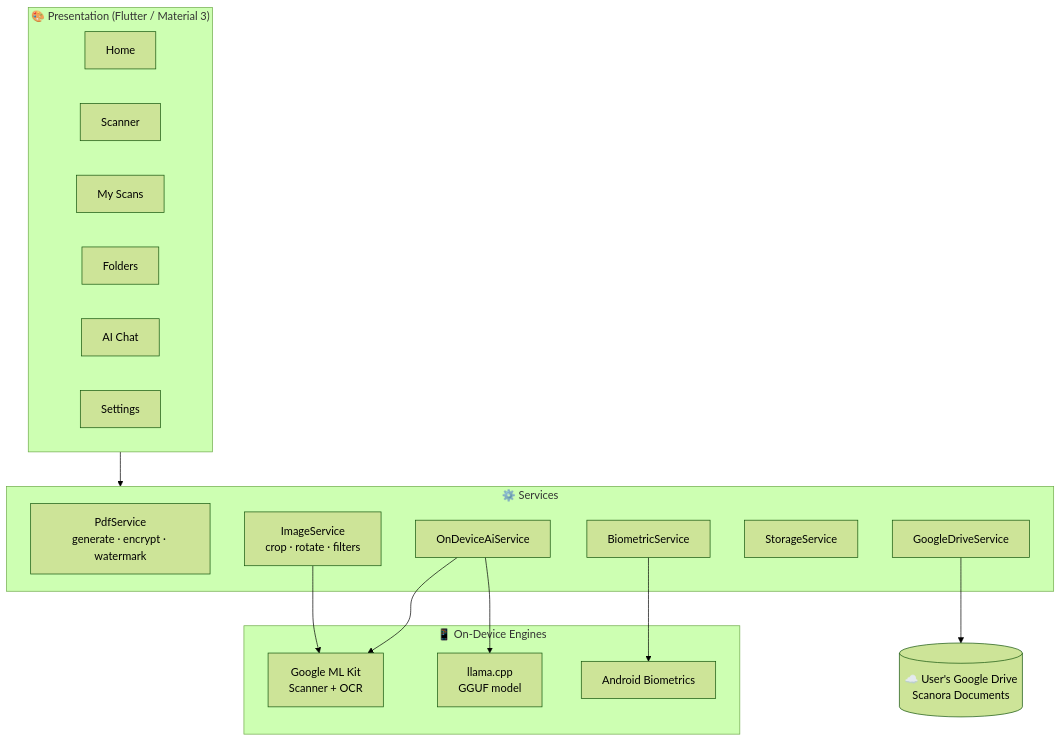
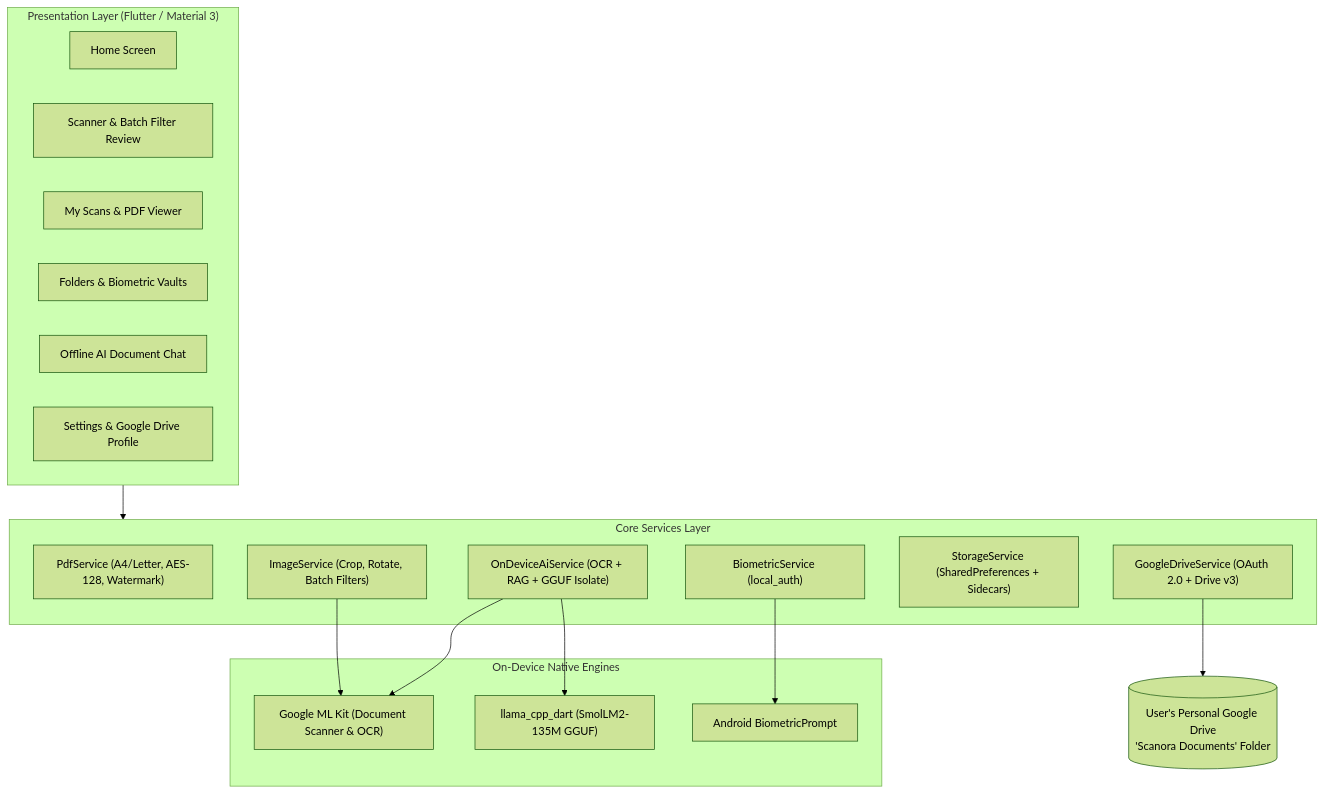
One commit to jawaanquizziz/Scanora changed the second of 2 diagrams in README.md. Above: the diagram before and after it, drawn with Mermaid (forest theme). The commit also changed other lines of this file and 19 other files, not shown here.

Commit message:
feat: update documentation, screenshots, and add Google Drive backup features

````diff
--- a/README.md
+++ b/README.md
@@ -151,27 +131,35 @@
 ```mermaid
 flowchart TB
-    subgraph UI["🎨 Presentation (Flutter / Material 3)"]
-        Home & Scanner & Docs["My Scans"] & Folders & Chat["AI Chat"] & Settings
+    subgraph UI["Presentation Layer (Flutter / Material 3)"]
+        Home["Home Screen"]
+        Scanner["Scanner & Batch Filter Review"]
+        Docs["My Scans & PDF Viewer"]
+        Folders["Folders & Biometric Vaults"]
+        Chat["Offline AI Document Chat"]
+        Settings["Settings & Google Drive Profile"]
     end
-    subgraph SVC["⚙️ Services"]
-        PDF["PdfService<br/>generate · encrypt · watermark"]
-        IMG["ImageService<br/>crop · rotate · filters"]
-        BIO["BiometricService"]
-        DRV["GoogleDriveService"]
-        STO["StorageService"]
-        AI["OnDeviceAiService"]
+
+    subgraph SVC["Core Services Layer"]
+        PDF["PdfService (A4/Letter, AES-128, Watermark)"]
+        IMG["ImageService (Crop, Rotate, Batch Filters)"]
+        BIO["BiometricService (local_auth)"]
+        DRV["GoogleDriveService (OAuth 2.0 + Drive v3)"]
+        STO["StorageService (SharedPreferences + Sidecars)"]
+        AI["OnDeviceAiService (OCR + RAG + GGUF Isolate)"]
     end
-    subgraph NATIVE["📱 On-Device Engines"]
-        MLK["Google ML Kit<br/>Scanner + OCR"]
-        LLM["llama.cpp<br/>GGUF model"]
-        AUTH["Android Biometrics"]
+
+    subgraph NATIVE["On-Device Native Engines"]
+        MLK["Google ML Kit (Document Scanner & OCR)"]
+        LLM["llama_cpp_dart (SmolLM2-135M GGUF)"]
+        AUTH["Android BiometricPrompt"]
     end
-    CLOUD[("☁️ User's Google Drive<br/>Scanora Documents")]
+
+    CLOUD[("User's Personal Google Drive\n'Scanora Documents' Folder")]
 
     UI --> SVC
     IMG --> MLK
     AI --> MLK
     AI --> LLM
     BIO --> AUTH
     DRV --> CLOUD
 ```
````
